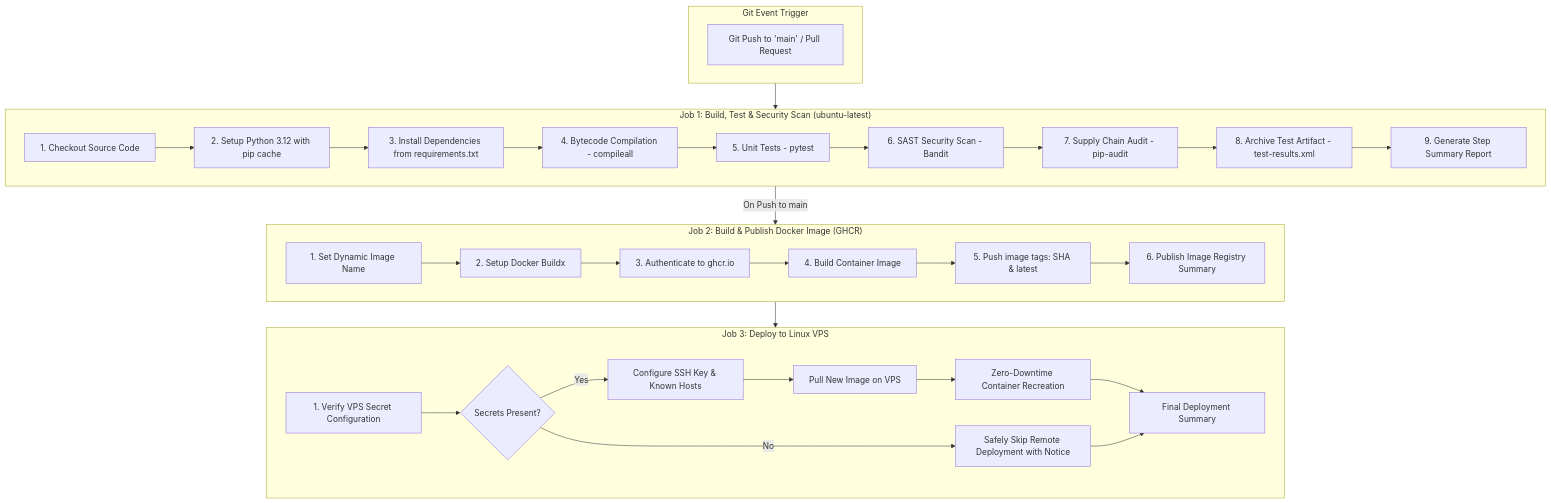
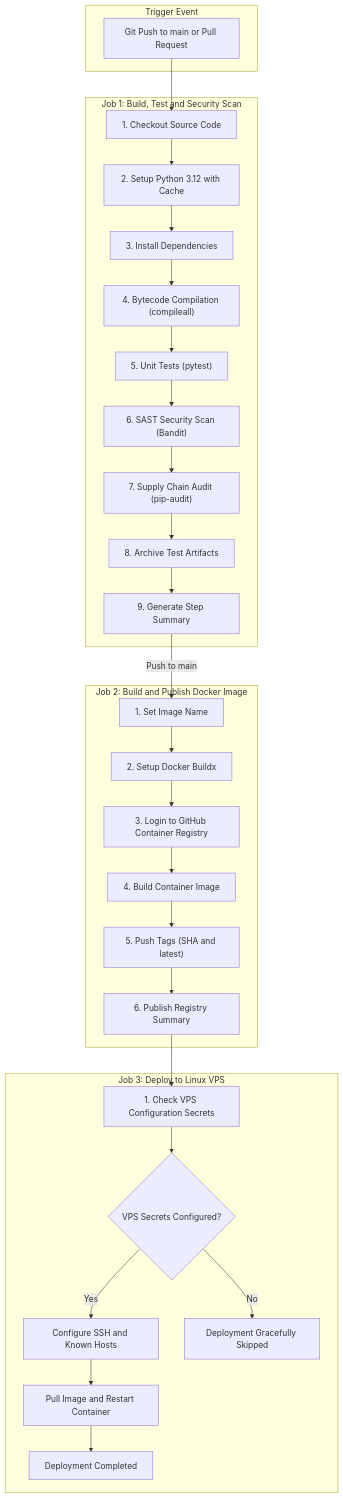
Before and after one commit to Swamii007/cicd-pipeline-demo: the diagram in PIPELINE_REPORT.md, drawn with Mermaid.

Commit message:
fix(docs): fix Mermaid diagram syntax in PIPELINE_REPORT.md for GitHub rendering

````diff
--- a/PIPELINE_REPORT.md
+++ b/PIPELINE_REPORT.md
@@ -30,39 +30,48 @@
 ```mermaid
 flowchart TD
-    subgraph Trigger["Git Event Trigger"]
-        A[Git Push to 'main' / Pull Request]
+    subgraph Trigger["Trigger Event"]
+        A["Git Push to main or Pull Request"]
     end
 
-    subgraph Job1["Job 1: Build, Test & Security Scan (ubuntu-latest)"]
-        B1[1. Checkout Source Code] --> B2[2. Setup Python 3.12 with pip cache]
-        B2 --> B3[3. Install Dependencies from requirements.txt]
-        B3 --> B4[4. Bytecode Compilation - compileall]
-        B4 --> B5[5. Unit Tests - pytest]
-        B5 --> B6[6. SAST Security Scan - Bandit]
-        B6 --> B7[7. Supply Chain Audit - pip-audit]
-        B7 --> B8[8. Archive Test Artifact - test-results.xml]
-        B8 --> B9[9. Generate Step Summary Report]
+    subgraph Job1["Job 1: Build, Test and Security Scan"]
+        B1["1. Checkout Source Code"]
+        B2["2. Setup Python 3.12 with Cache"]
+        B3["3. Install Dependencies"]
+        B4["4. Bytecode Compilation (compileall)"]
+        B5["5. Unit Tests (pytest)"]
+        B6["6. SAST Security Scan (Bandit)"]
+        B7["7. Supply Chain Audit (pip-audit)"]
+        B8["8. Archive Test Artifacts"]
+        B9["9. Generate Step Summary"]
+
+        B1 --> B2 --> B3 --> B4 --> B5 --> B6 --> B7 --> B8 --> B9
     end
 
-    subgraph Job2["Job 2: Build & Publish Docker Image (GHCR)"]
-        C1[1. Set Dynamic Image Name] --> C2[2. Setup Docker Buildx]
-        C2 --> C3[3. Authenticate to ghcr.io]
-        C3 --> C4[4. Build Container Image]
-        C4 --> C5[5. Push image tags: SHA & latest]
-        C5 --> C6[6. Publish Image Registry Summary]
+    subgraph Job2["Job 2: Build and Publish Docker Image"]
+        C1["1. Set Image Name"]
+        C2["2. Setup Docker Buildx"]
+        C3["3. Login to GitHub Container Registry"]
+        C4["4. Build Container Image"]
+        C5["5. Push Tags (SHA and latest)"]
+        C6["6. Publish Registry Summary"]
+
+        C1 --> C2 --> C3 --> C4 --> C5 --> C6
     end
 
     subgraph Job3["Job 3: Deploy to Linux VPS"]
-        D1[1. Verify VPS Secret Configuration] --> D2{Secrets Present?}
-        D2 -- Yes --> D3[Configure SSH Key & Known Hosts]
-        D3 --> D4[Pull New Image on VPS]
-        D4 --> D5[Zero-Downtime Container Recreation]
-        D2 -- No --> D6[Safely Skip Remote Deployment with Notice]
-        D5 --> D7[Final Deployment Summary]
-        D6 --> D7
+        D1["1. Check VPS Configuration Secrets"]
+        D2{"VPS Secrets Configured?"}
+        D3["Configure SSH and Known Hosts"]
+        D4["Pull Image and Restart Container"]
+        D5["Deployment Completed"]
+        D6["Deployment Gracefully Skipped"]
+
+        D1 --> D2
+        D2 -->|Yes| D3 --> D4 --> D5
+        D2 -->|No| D6
     end
 
-    Trigger --> Job1
-    Job1 -->|On Push to main| Job2
-    Job2 --> Job3
+    A --> B1
+    B9 -->|Push to main| C1
+    C6 --> D1
 ```
````
